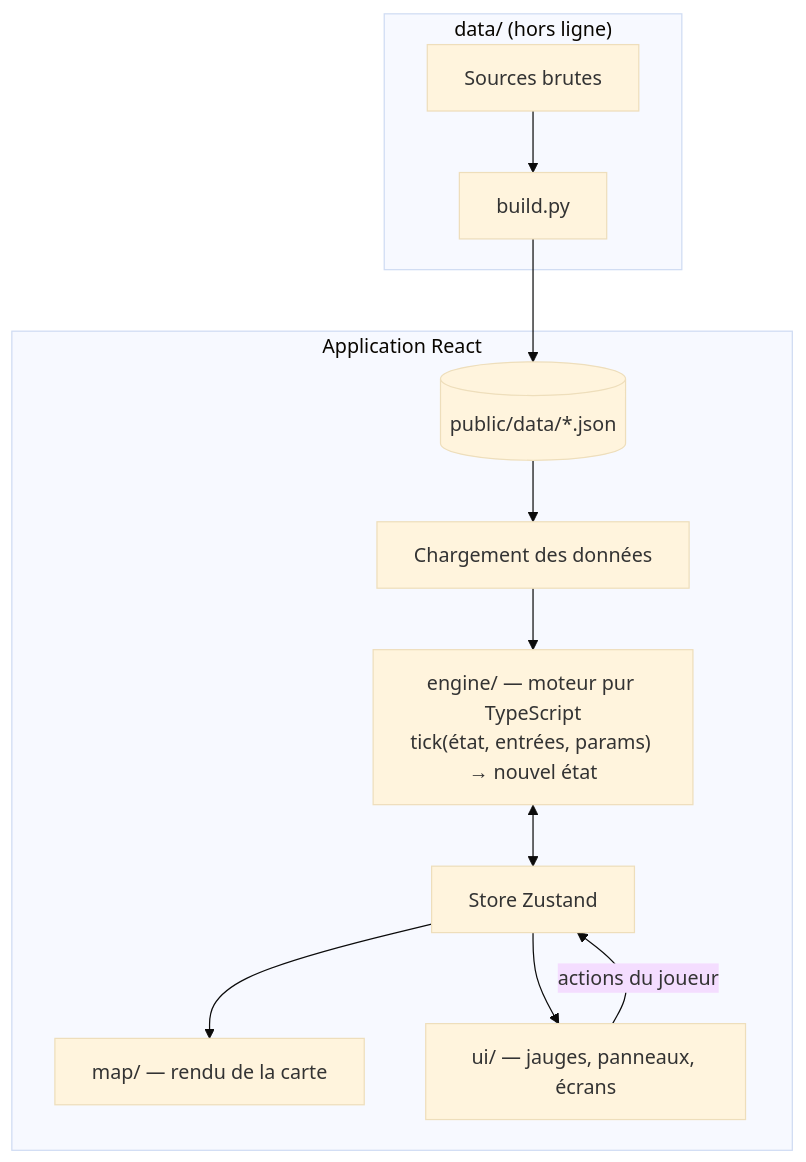
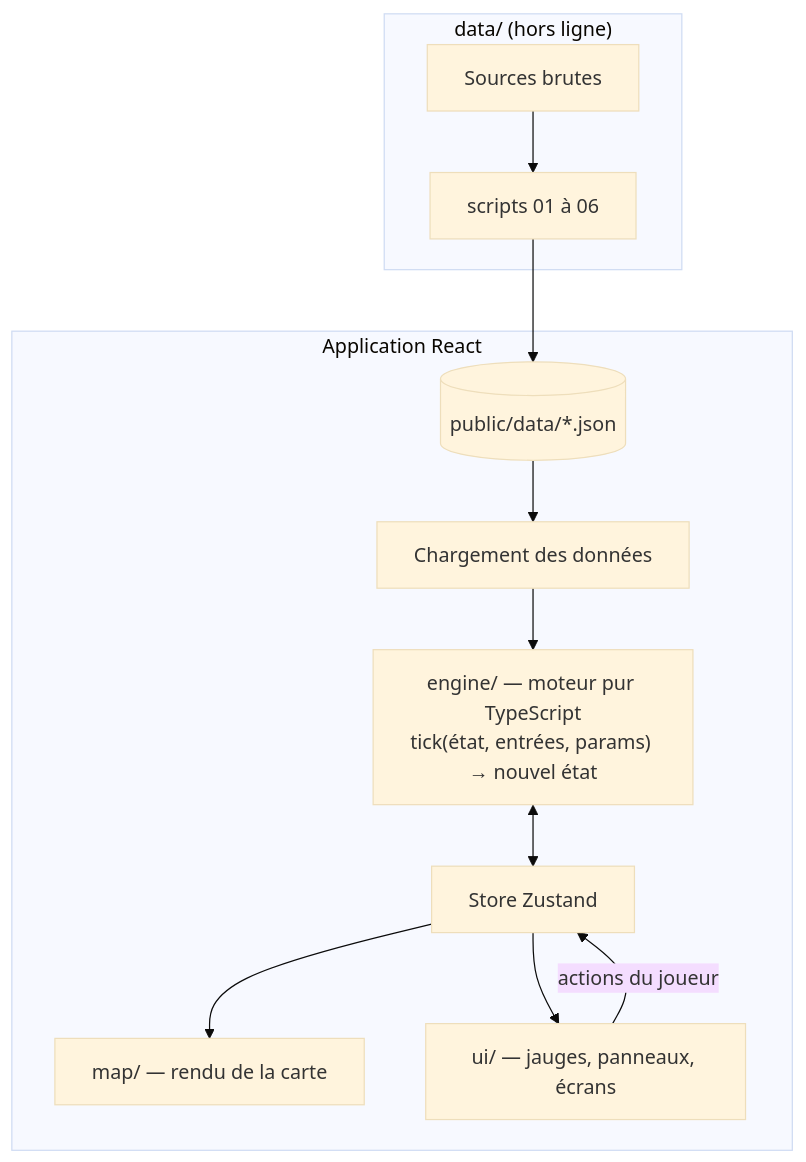
Before and after one commit to D-Lecol/Flopsy: the diagram in docs/04-technique.md, drawn with Mermaid (base theme). The commit also changed other lines of this file and 22 other files, not shown here.

````diff
--- a/docs/04-technique.md
+++ b/docs/04-technique.md
@@ -32,15 +32,15 @@
 ```mermaid
 flowchart TB
     subgraph data["data/ (hors ligne)"]
-        RAW[Sources brutes] --> BUILD[build.py]
+        RAW[Sources brutes] --> BUILD["scripts 01 à 06"]
     end
     BUILD --> JSON[(public/data/*.json)]
 subgraph app["Application React"]
 JSON --> LOAD[Chargement des données]
 LOAD --> ENGINE["engine/ — moteur pur TypeScript<br/>tick(état, entrées, params) → nouvel état"]
 ENGINE <--> STORE[Store Zustand]
 STORE --> MAP[map/ — rendu de la carte]
 STORE --> UI[ui/ — jauges, panneaux, écrans]
 UI -->| actions du joueur|STORE
 end
 ```
````
